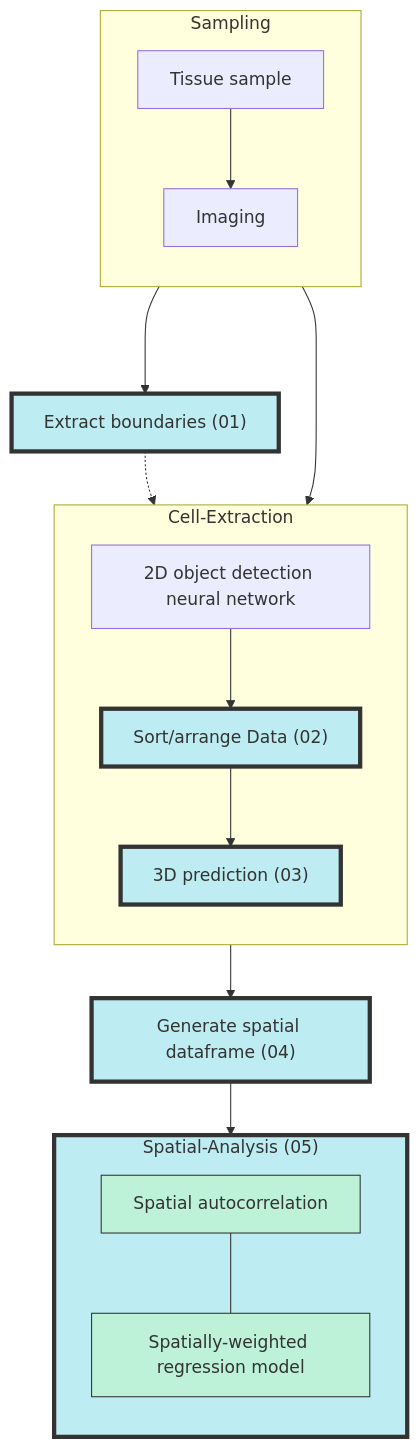
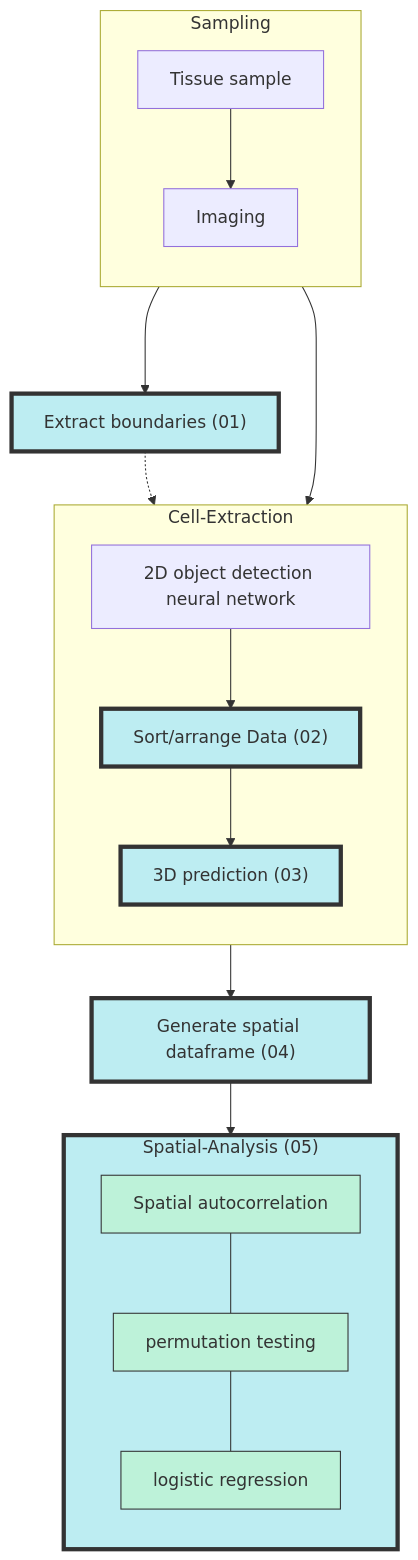
One commit to ga402/PACESS changed the diagram in README.md. Above: the diagram before and after it, drawn with Mermaid. The commit also changed other lines of this file and 5 other files, not shown here.

````diff
--- a/README.md
+++ b/README.md
@@ -26,29 +26,29 @@
 ```mermaid
 flowchart TB
 
 subgraph X[Sampling]
 direction TB
     A[Tissue sample] --> B[Imaging]
 end
 
 subgraph Y[Cell-Extraction]
 direction TB
     C[2D object detection neural network] --> H["Sort/arrange Data (02)"] --> D["3D prediction (03)"]
 end
 
 subgraph Z["Spatial-Analysis (05)\n"]
 direction TB
-    E[Spatial autocorrelation] --- F[Spatially-weighted regression model]
+    E[Spatial autocorrelation] --- F[permutation testing] --- FF[logistic regression]
 end
 
 X --> Y -->I["Generate spatial dataframe (04)"] --> Z
 
 X--->G["Extract boundaries (01)"] -.-> D["3D prediction (03)"]
 
 
 classDef myscripts fill:#BDEDF2,stroke:#333,stroke-width:4px
 classDef mysubscripts fill:#BDF2D9,stroke:#333
 class G,H,D,I,Z myscripts
-class E,F mysubscripts
+class E,F,FF mysubscripts
 
 ```
````
